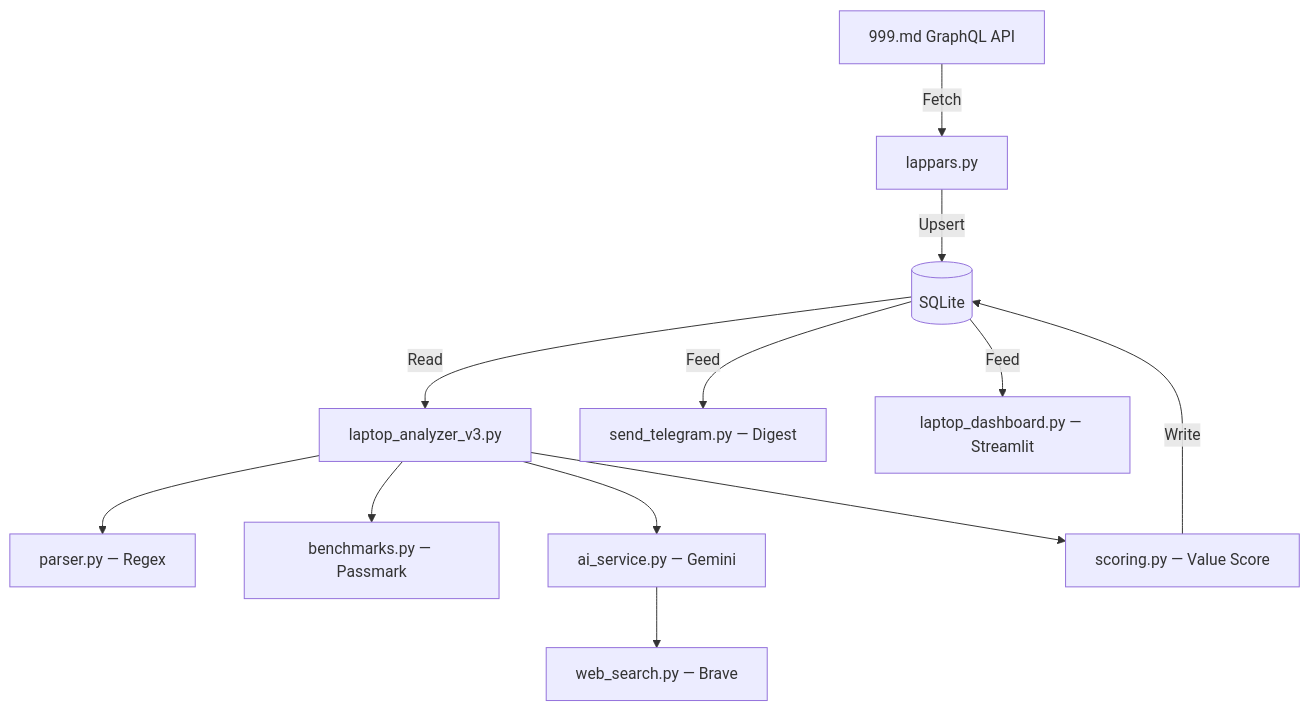
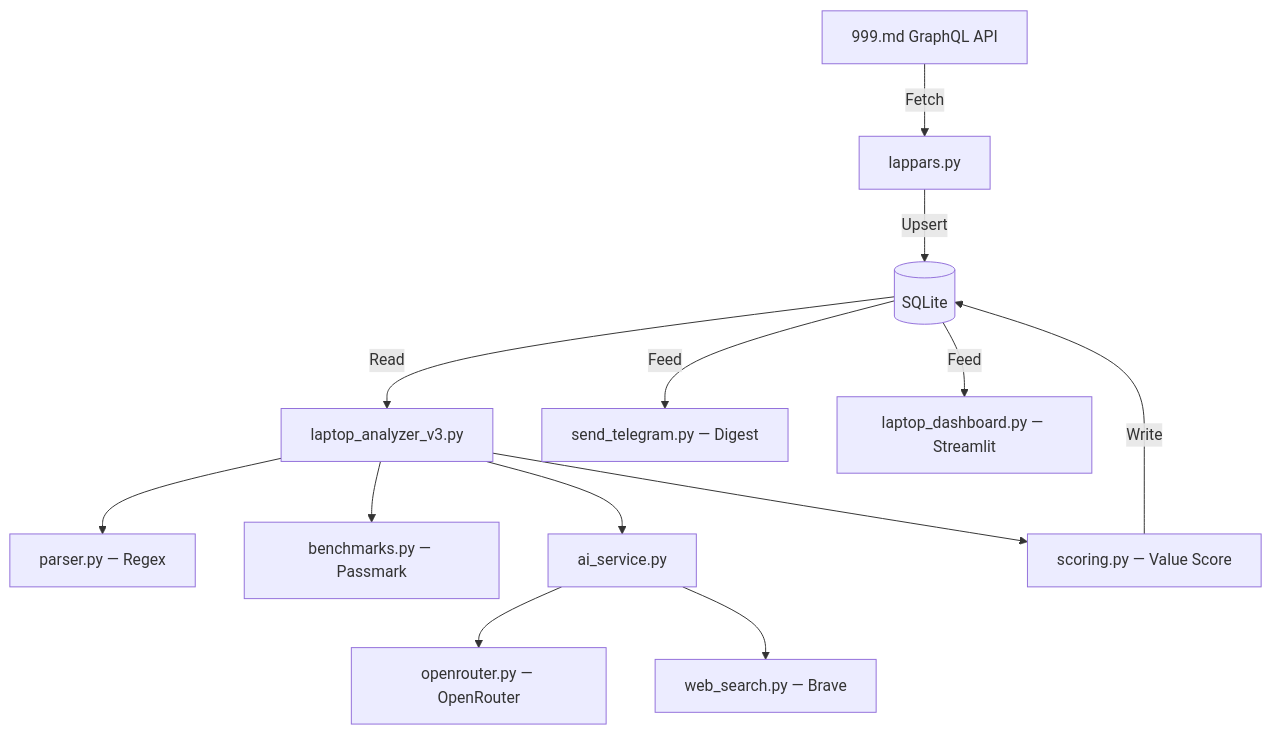
Before and after one commit to zabrodschiipavel-sketch/notebookbuy: the diagram in README.md, drawn with Mermaid. The commit also changed other lines of this file and 23 other files, not shown here.

First line of the commit message:
feat: move AI to OpenRouter; fix CPU dating and GPU benchmark matching

````diff
--- a/README.md
+++ b/README.md
@@ -34,14 +34,15 @@
 ```mermaid
 graph TD
     A[999.md GraphQL API] -->|Fetch| B[lappars.py]
     B -->|Upsert| C[(SQLite)]
     C -->|Read| D[laptop_analyzer_v3.py]
     D --> E[parser.py — Regex]
     D --> F[benchmarks.py — Passmark]
-    D --> G[ai_service.py — Gemini]
+    D --> G[ai_service.py]
+    G --> O[openrouter.py — OpenRouter]
     G --> W[web_search.py — Brave]
     D --> H[scoring.py — Value Score]
     H -->|Write| C
     C -->|Feed| T[send_telegram.py — Digest]
     C -->|Feed| I[laptop_dashboard.py — Streamlit]
 ```
````
